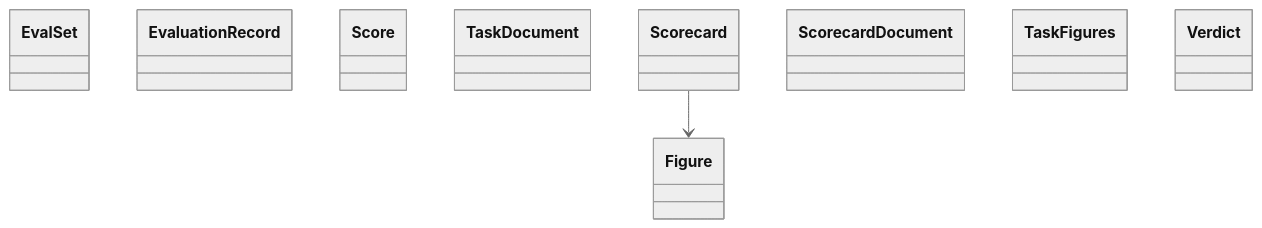
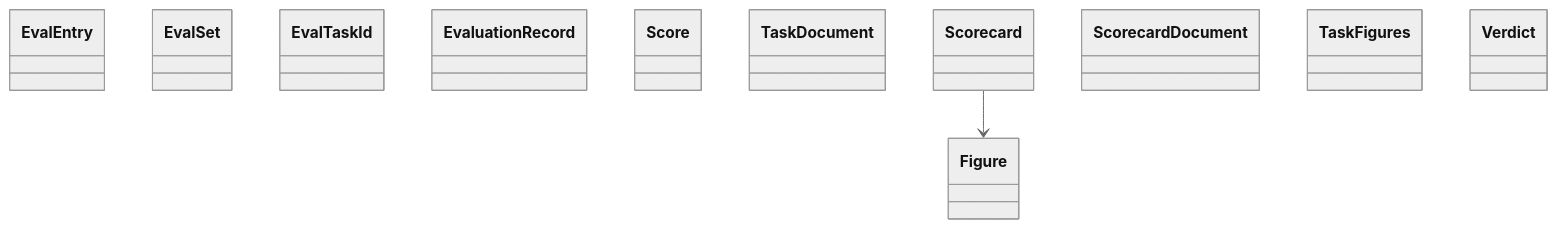
One commit to GonzaloZevallos/agentic-system changed the diagram in docs/architecture/generated/classes-measurement-domain-scorecard.md. Above: the diagram before and after it, drawn with Mermaid (neutral theme). The commit also changed 9 other files, not shown here.

````diff
--- a/docs/architecture/generated/classes-measurement-domain-scorecard.md
+++ b/docs/architecture/generated/classes-measurement-domain-scorecard.md
@@ -8,13 +8,15 @@
 ```mermaid
 classDiagram
+    class evaluation__EvalEntry["EvalEntry"]
     class evaluation__EvalSet["EvalSet"]
+    class evaluation__EvalTaskId["EvalTaskId"]
     class evaluation__EvaluationRecord["EvaluationRecord"]
     class evaluation__Score["Score"]
     class evaluation__TaskDocument["TaskDocument"]
     class scorecard__Figure["Figure"]
     class scorecard__Scorecard["Scorecard"]
     class scorecard__ScorecardDocument["ScorecardDocument"]
     class scorecard__TaskFigures["TaskFigures"]
     class scorecard__Verdict["Verdict"]
     scorecard__Scorecard --> scorecard__Figure
 ```
````
